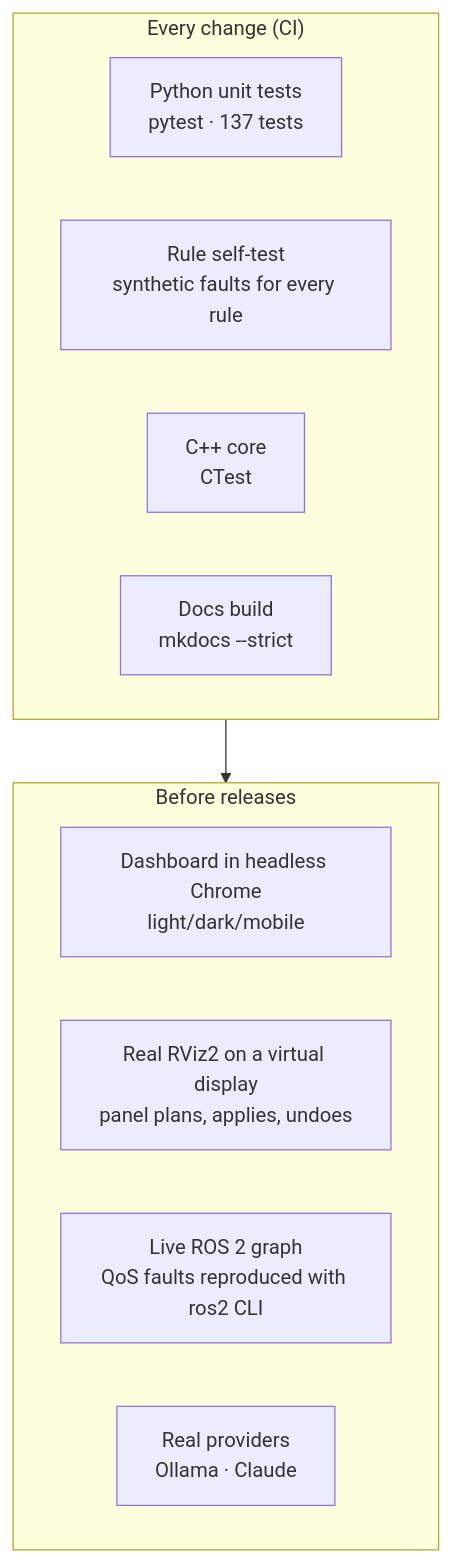
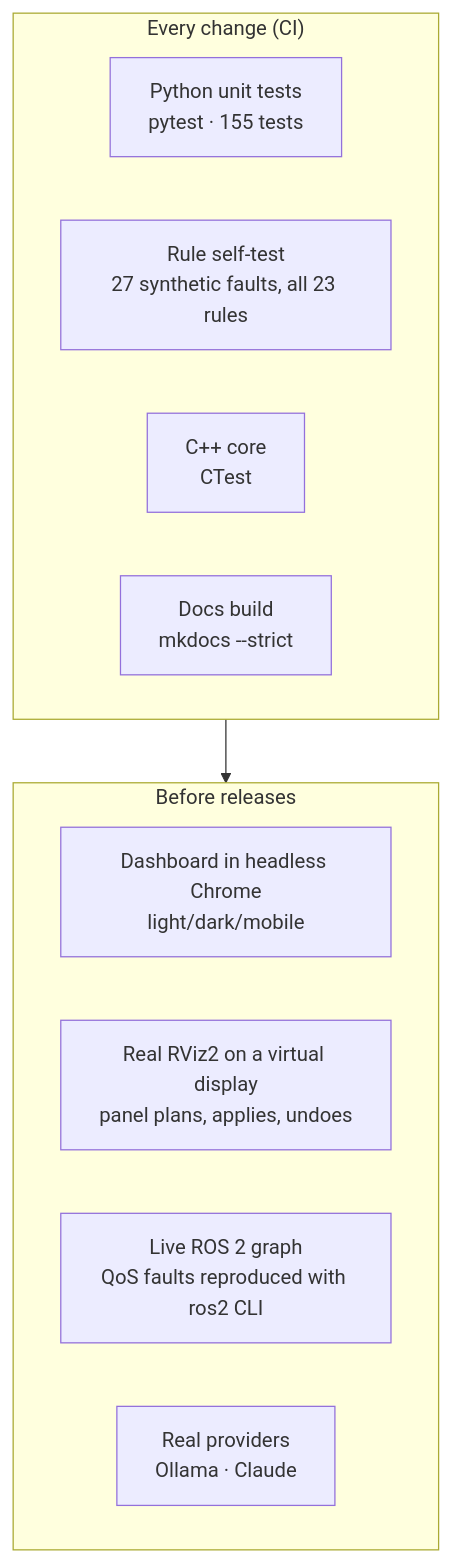
The diagram in docs/architecture/quality.md (Animesh2507/dds-autodiag), drawn with Mermaid before and after one commit. The commit also changed other lines of this file and 35 other files, not shown here.

````diff
--- a/docs/architecture/quality.md
+++ b/docs/architecture/quality.md
@@ -5,16 +5,16 @@
 ```mermaid
 flowchart TB
     subgraph fast["Every change (CI)"]
-        unit["Python unit tests<br/>pytest · 137 tests"]
-        fixtures["Rule self-test<br/>synthetic faults for every rule"]
+        unit["Python unit tests<br/>pytest · 155 tests"]
+        fixtures["Rule self-test<br/>27 synthetic faults, all 23 rules"]
         cpp["C++ core<br/>CTest"]
         docs["Docs build<br/>mkdocs --strict"]
     end
     subgraph manual["Before releases"]
         ui["Dashboard in headless Chrome<br/>light/dark/mobile"]
         rviz["Real RViz2 on a virtual display<br/>panel plans, applies, undoes"]
         live["Live ROS 2 graph<br/>QoS faults reproduced with ros2 CLI"]
         ai["Real providers<br/>Ollama · Claude"]
     end
     fast --> manual
 ```
````
